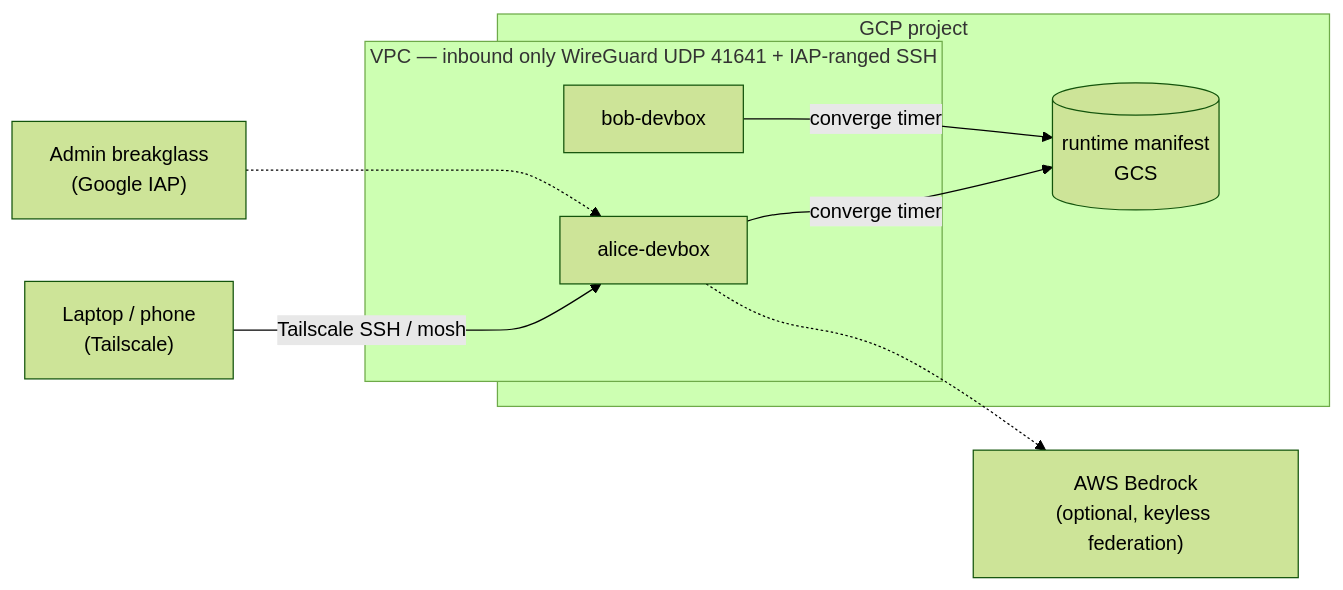
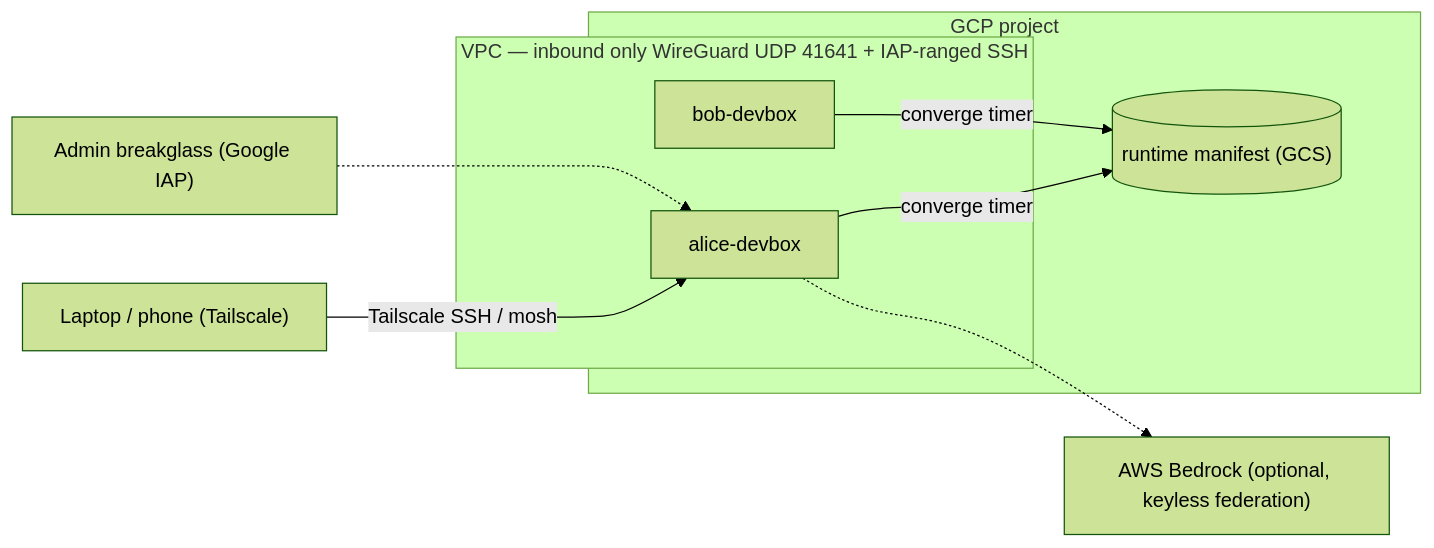
One commit to omrihaviv/devbox-fleet changed the diagram in README.md. Above: the diagram before and after it, drawn with Mermaid (forest theme). The commit also changed 1 other file, not shown here.

Commit message:
docs: drop <br/> from mermaid labels — GitHub strips the tag
GitHub's mermaid sanitizer removes HTML tags from labels and joins the
lines with no separator ("breakglass(Google", "manifestGCS"). Use plain
single-line labels instead.

````diff
--- a/README.md
+++ b/README.md
@@ -13,18 +13,18 @@
 ```mermaid
 flowchart LR
-    dev["Laptop / phone<br/>(Tailscale)"]
-    admin["Admin breakglass<br/>(Google IAP)"]
+    dev["Laptop / phone (Tailscale)"]
+    admin["Admin breakglass (Google IAP)"]
     subgraph gcp["GCP project"]
         subgraph vpc["VPC — inbound only WireGuard UDP 41641 + IAP-ranged SSH"]
             a["alice-devbox"]
             b["bob-devbox"]
         end
-        gcs[("runtime manifest<br/>GCS")]
+        gcs[("runtime manifest (GCS)")]
     end
-    aws["AWS Bedrock<br/>(optional, keyless federation)"]
+    aws["AWS Bedrock (optional, keyless federation)"]
     dev -->|Tailscale SSH / mosh| a
     admin -.-> a
     a -->|converge timer| gcs
     b -->|converge timer| gcs
     a -.-> aws
 ```
````
